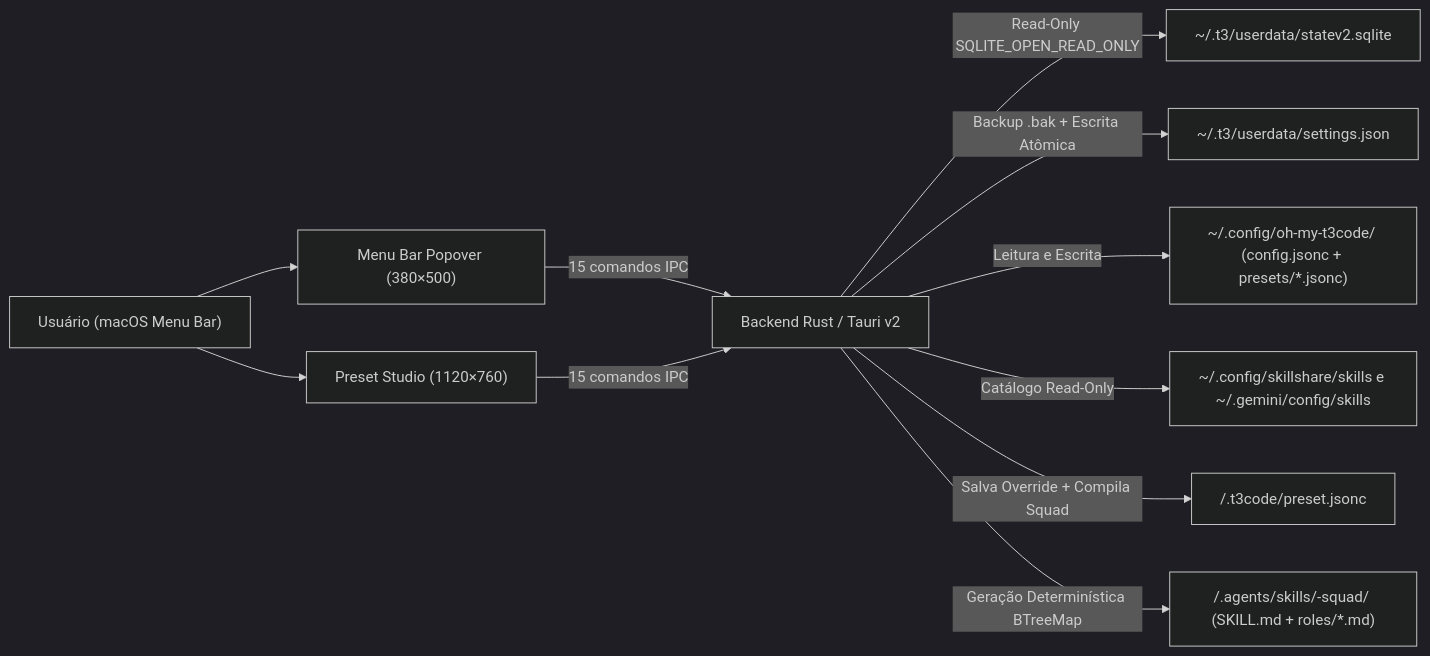
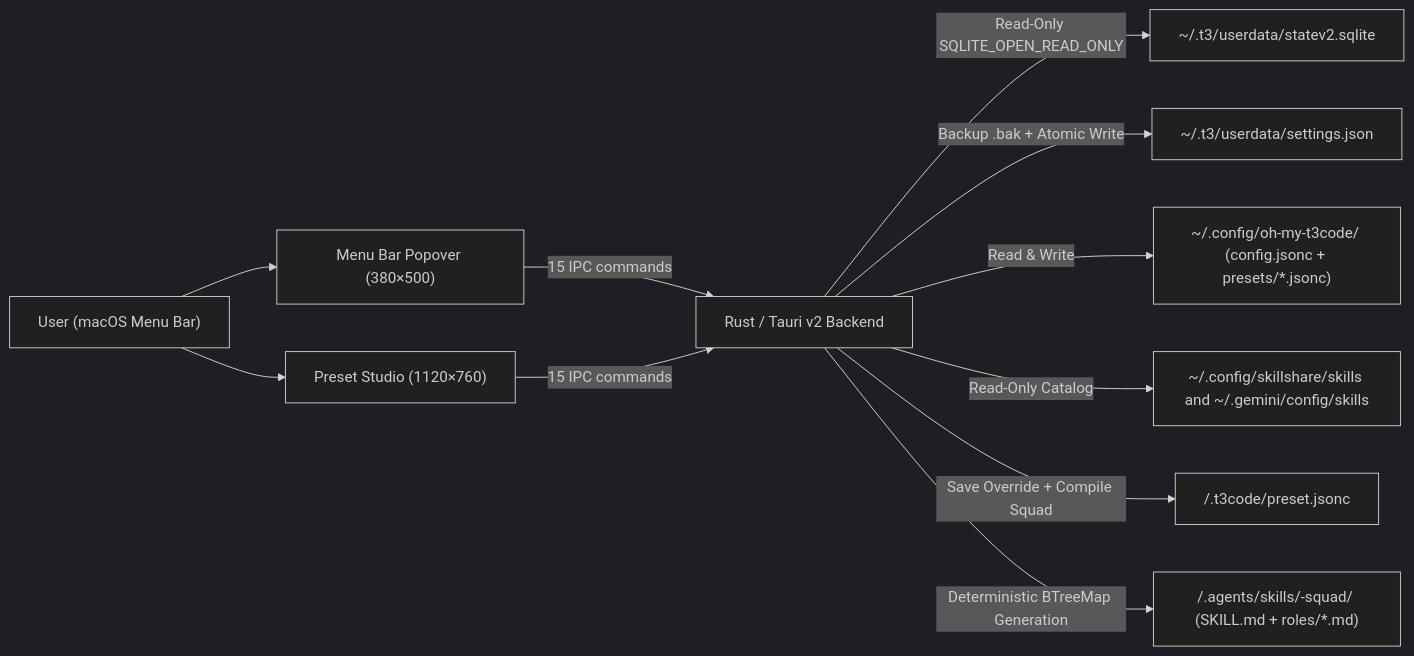
Before and after one commit to alencarfreire/oh-my-t3code: the diagram in README.md, drawn with Mermaid (dark theme). The commit also changed other lines of this file and 7 other files, not shown here.

````diff
--- a/README.md
+++ b/README.md
@@ -24,16 +26,16 @@
 ```mermaid
 flowchart LR
-    User["Usuário (macOS Menu Bar)"] --> Popover["Menu Bar Popover (380×500)"]
+    User["User (macOS Menu Bar)"] --> Popover["Menu Bar Popover (380×500)"]
     User --> Studio["Preset Studio (1120×760)"]
 
-    Popover -->|15 comandos IPC| Tauri["Backend Rust / Tauri v2"]
-    Studio -->|15 comandos IPC| Tauri
+    Popover -->|15 IPC commands| Tauri["Rust / Tauri v2 Backend"]
+    Studio -->|15 IPC commands| Tauri
 
     Tauri -->|Read-Only SQLITE_OPEN_READ_ONLY| SQLite["~/.t3/userdata/statev2.sqlite"]
-    Tauri -->|Backup .bak + Escrita Atômica| Settings["~/.t3/userdata/settings.json"]
-    Tauri -->|Leitura e Escrita| GlobalPresets["~/.config/oh-my-t3code/ (config.jsonc + presets/*.jsonc)"]
-    Tauri -->|Catálogo Read-Only| GlobalSkills["~/.config/skillshare/skills e ~/.gemini/config/skills"]
+    Tauri -->|Backup .bak + Atomic Write| Settings["~/.t3/userdata/settings.json"]
+    Tauri -->|Read & Write| GlobalPresets["~/.config/oh-my-t3code/ (config.jsonc + presets/*.jsonc)"]
+    Tauri -->|Read-Only Catalog| GlobalSkills["~/.config/skillshare/skills and ~/.gemini/config/skills"]
 
-    Tauri -->|Salva Override + Compila Squad| RepoPreset["<repo>/.t3code/preset.jsonc"]
-    Tauri -->|Geração Determinística BTreeMap| RepoSquad["<repo>/.agents/skills/<slug>-squad/ (SKILL.md + roles/*.md)"]
+    Tauri -->|Save Override + Compile Squad| RepoPreset["<repo>/.t3code/preset.jsonc"]
+    Tauri -->|Deterministic BTreeMap Generation| RepoSquad["<repo>/.agents/skills/<slug>-squad/ (SKILL.md + roles/*.md)"]
 ```
````
